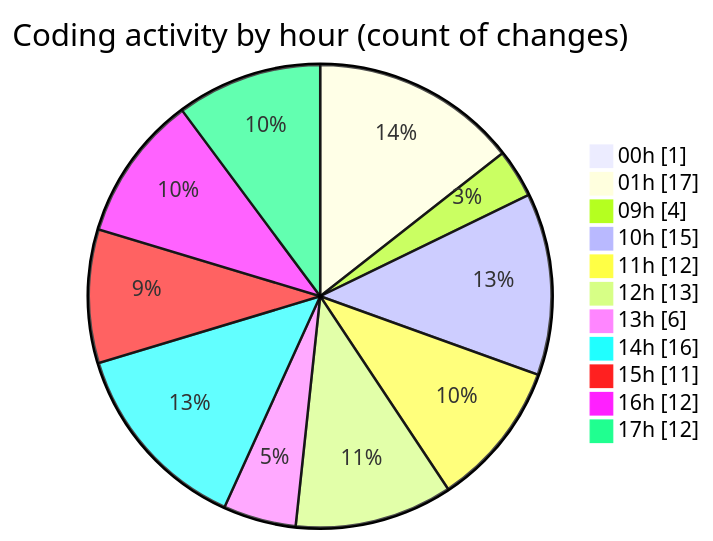
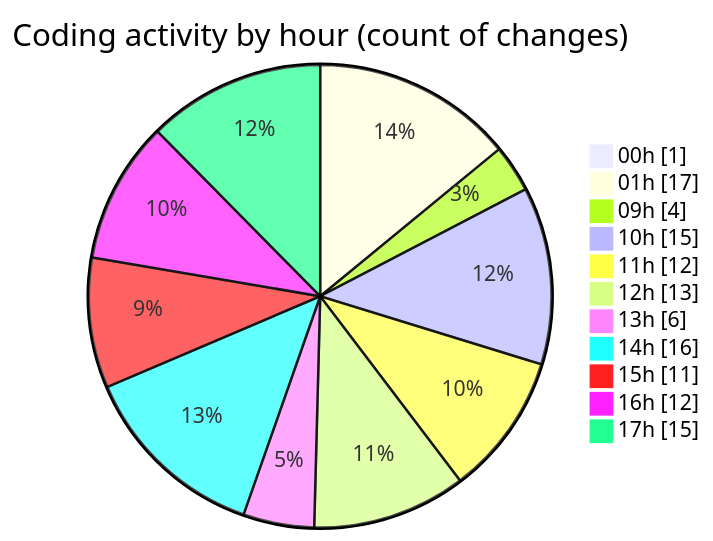
One commit to julien-gomy/code-tracking changed the second of 2 diagrams in 2025-11-01/cdp_aleoudev_fr__workspace_/README.md. Above: the diagram before and after it, drawn with Mermaid. The commit also changed other lines of this file and 1 other file, not shown here.

````diff
--- a/2025-11-01/cdp_aleoudev_fr__workspace_/README.md
+++ b/2025-11-01/cdp_aleoudev_fr__workspace_/README.md
@@ -45,15 +46,15 @@
 ```mermaid
 pie showData
 title Coding activity by hour (count of changes)
 "00h" : 1
 "01h" : 17
 "09h" : 4
 "10h" : 15
 "11h" : 12
 "12h" : 13
 "13h" : 6
 "14h" : 16
 "15h" : 11
 "16h" : 12
-"17h" : 12
+"17h" : 15
 ```
````
